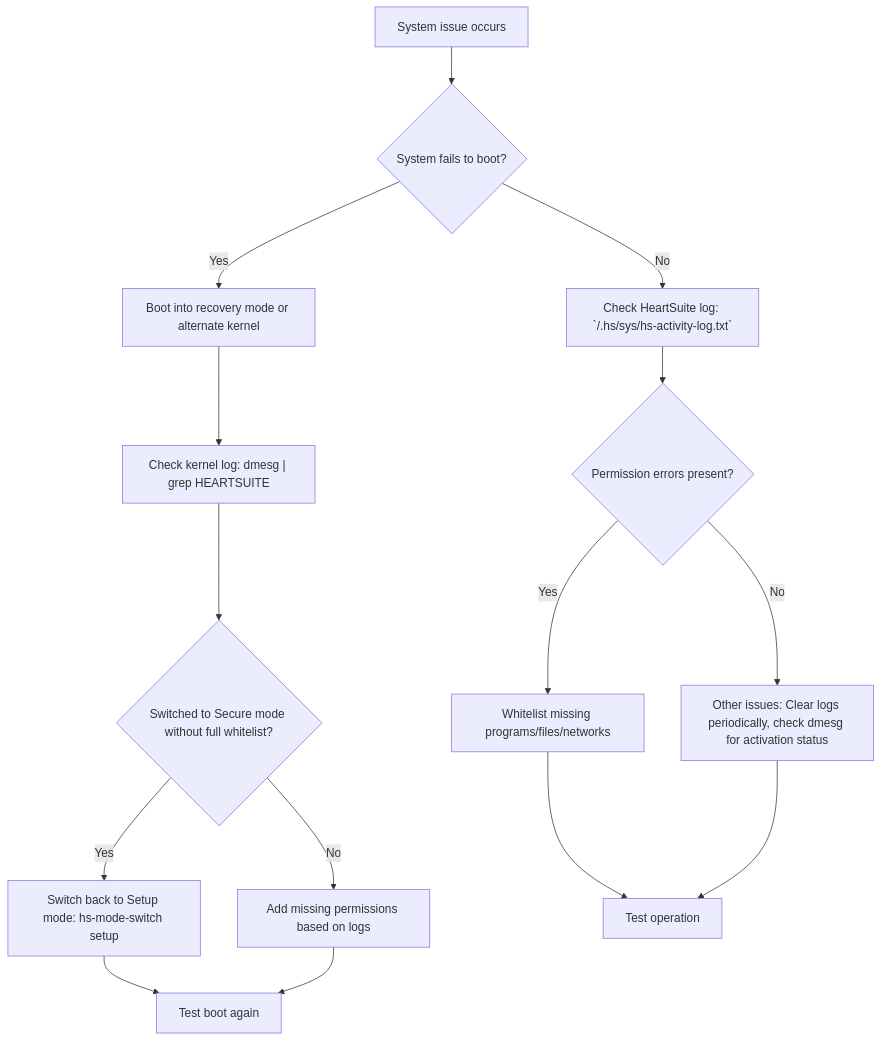
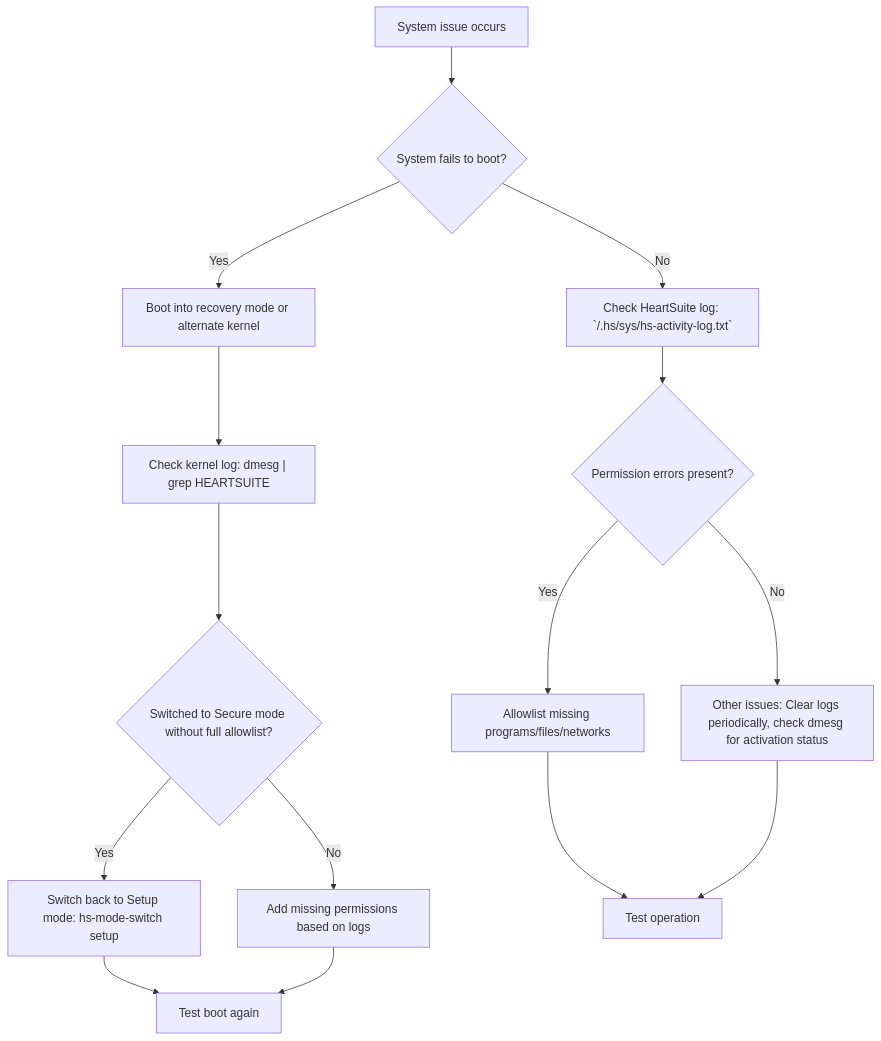
The diagram in content/en/docs/troubleshooting/index.md (HeartSecuritySuite/heartsuite-docs), drawn with Mermaid before and after one commit. The commit also changed other lines of this file and 28 other files, not shown here.

````diff
--- a/content/en/docs/troubleshooting/index.md
+++ b/content/en/docs/troubleshooting/index.md
@@ -13,17 +13,17 @@
 ```mermaid
 graph TD;
     A[System issue occurs] --> B{System fails to boot?};
     B -->|Yes| C[Boot into recovery mode or alternate kernel];
     C --> D["Check kernel log: dmesg | grep HEARTSUITE"];
-    D --> E{Switched to Secure mode without full whitelist?};
+    D --> E{Switched to Secure mode without full allowlist?};
     E -->|Yes| F["Switch back to Setup mode: hs-mode-switch setup"];
     E -->|No| G[Add missing permissions based on logs];
     B -->|No| H["Check HeartSuite log: `/.hs/sys/hs-activity-log.txt`"];
     H --> I{Permission errors present?};
-    I -->|Yes| J[Whitelist missing programs/files/networks];
+    I -->|Yes| J[Allowlist missing programs/files/networks];
     I -->|No| K[Other issues: Clear logs periodically, check dmesg for activation status];
     F --> L[Test boot again];
     G --> L;
     J --> M[Test operation];
     K --> M;
 ```
````
